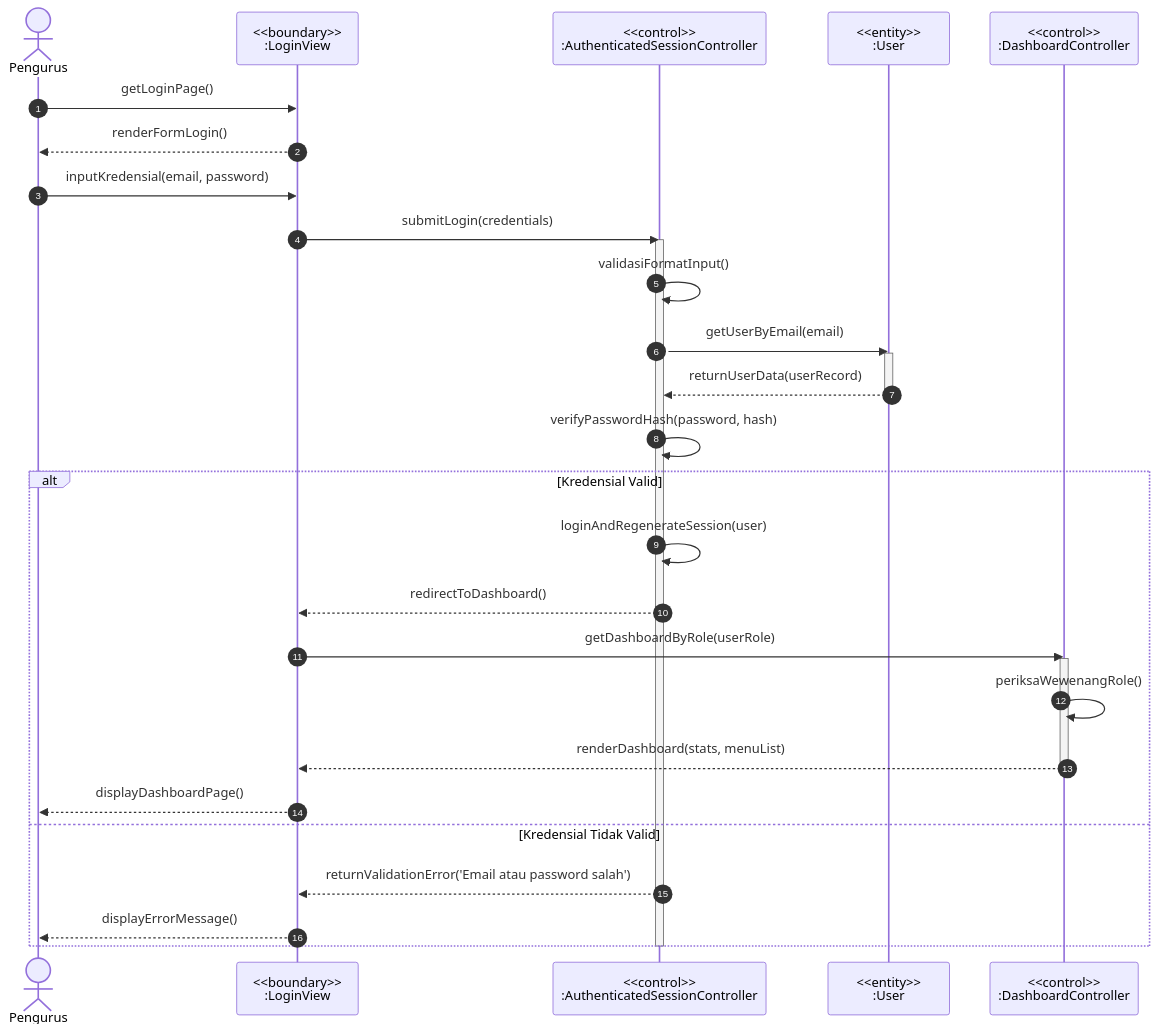
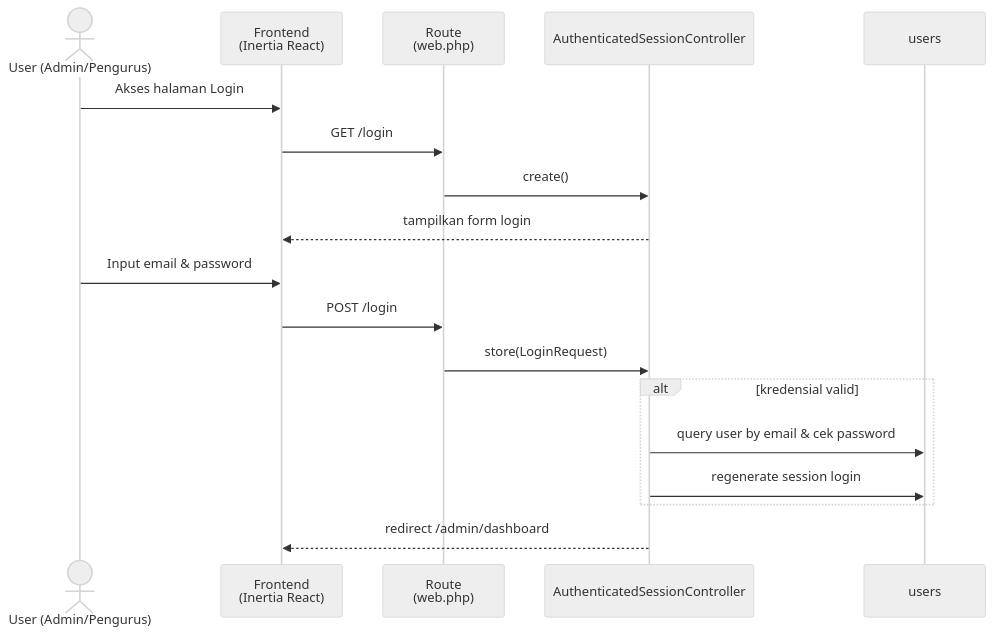
Before and after one commit to rizalmhmd/pk-ipnu-ippnu: the second of 7 diagrams in SEQUENCE_DIAGRAM.md, drawn with Mermaid. The commit also changed other lines of this file and 13 other files, not shown here.

````diff
--- a/SEQUENCE_DIAGRAM.md
+++ b/SEQUENCE_DIAGRAM.md
@@ -77,41 +45,22 @@
 ```mermaid
+%%{init: {'theme': 'neutral'}}%%
 sequenceDiagram
-    autonumber
-    actor Pengurus as Pengurus
-    participant LoginView as <<boundary>><br/>:LoginView
-    participant AuthCtrl as <<control>><br/>:AuthenticatedSessionController
-    participant UserModel as <<entity>><br/>:User
-    participant DashCtrl as <<control>><br/>:DashboardController
+    actor User as User (Admin/Pengurus)
+    participant FE as Frontend<br/>(Inertia React)
+    participant Route as Route<br/>(web.php)
+    participant Ctrl as AuthenticatedSessionController
+    participant DB as users
 
-    Pengurus->>LoginView: getLoginPage()
-    LoginView-->>Pengurus: renderFormLogin()
-
-    Pengurus->>LoginView: inputKredensial(email, password)
-    LoginView->>AuthCtrl: submitLogin(credentials)
-    activate AuthCtrl
-
-    AuthCtrl->>AuthCtrl: validasiFormatInput()
-    AuthCtrl->>UserModel: getUserByEmail(email)
-    activate UserModel
-    UserModel-->>AuthCtrl: returnUserData(userRecord)
-    deactivate UserModel
-
-    AuthCtrl->>AuthCtrl: verifyPasswordHash(password, hash)
-
-    alt Kredensial Valid
-        AuthCtrl->>AuthCtrl: loginAndRegenerateSession(user)
-        AuthCtrl-->>LoginView: redirectToDashboard()
-        
-        LoginView->>DashCtrl: getDashboardByRole(userRole)
-        activate DashCtrl
-        DashCtrl->>DashCtrl: periksaWewenangRole()
-        DashCtrl-->>LoginView: renderDashboard(stats, menuList)
-        deactivate DashCtrl
-
-        LoginView-->>Pengurus: displayDashboardPage()
-    else Kredensial Tidak Valid
-        AuthCtrl-->>LoginView: returnValidationError('Email atau password salah')
-        LoginView-->>Pengurus: displayErrorMessage()
+    User->>FE: Akses halaman Login
+    FE->>Route: GET /login
+    Route->>Ctrl: create()
+    Ctrl-->>FE: tampilkan form login
+    User->>FE: Input email & password
+    FE->>Route: POST /login
+    Route->>Ctrl: store(LoginRequest)
+    alt kredensial valid
+        Ctrl->>DB: query user by email & cek password
+        Ctrl->>DB: regenerate session login
     end
-    deactivate AuthCtrl
+    Ctrl-->>FE: redirect /admin/dashboard
 ```
````
